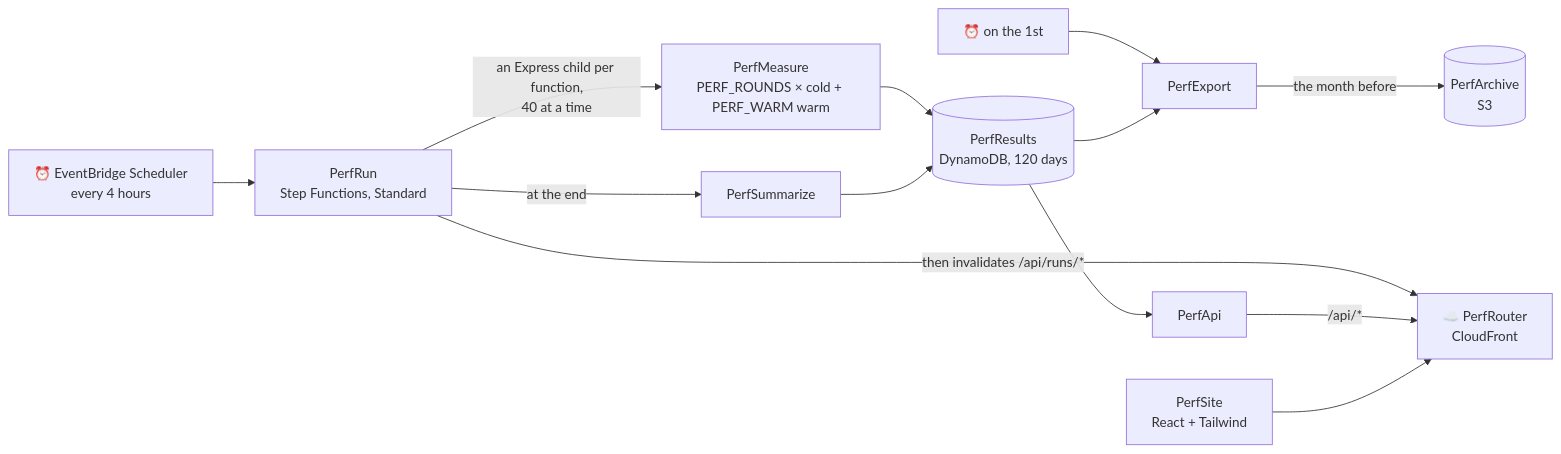
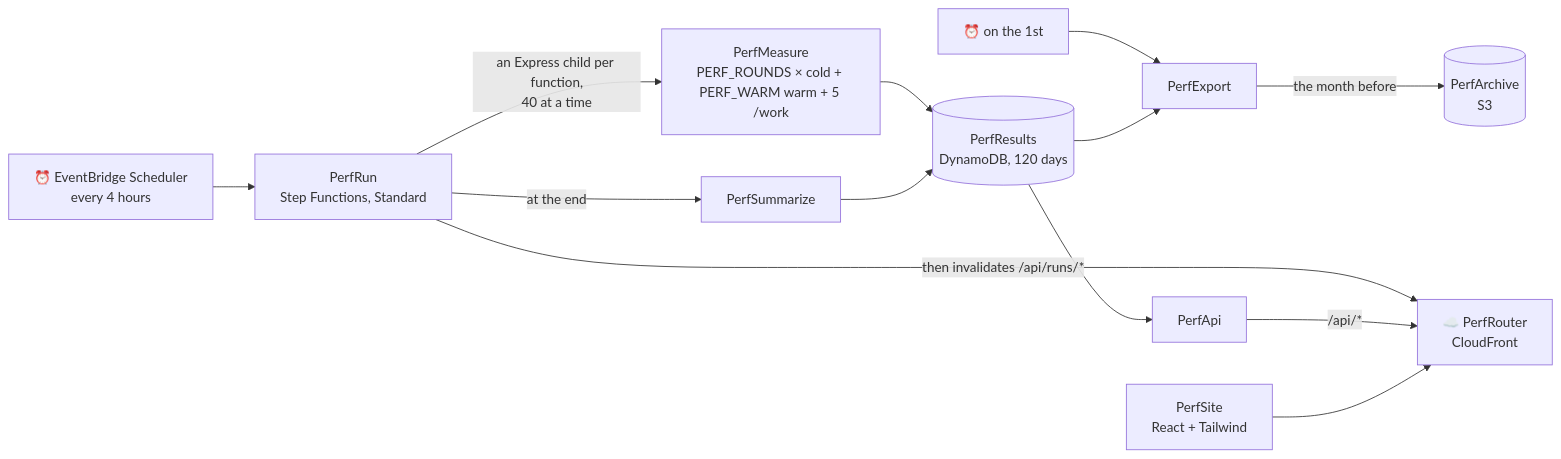
Before and after one commit to NimmLor/lambda-coldstarts: the diagram in README.md, drawn with Mermaid. The commit also changed other lines of this file and 21 other files, not shown here.

````diff
--- a/README.md
+++ b/README.md
@@ -264,13 +293,13 @@
 ```mermaid
 flowchart LR
   S[⏰ EventBridge Scheduler<br>every 4 hours] --> R[PerfRun<br>Step Functions, Standard]
-  R -- an Express child per function,<br>40 at a time --> M[PerfMeasure<br>PERF_ROUNDS × cold + PERF_WARM warm]
+  R -- an Express child per function,<br>40 at a time --> M[PerfMeasure<br>PERF_ROUNDS × cold + PERF_WARM warm + 5 /work]
   M --> D[(PerfResults<br>DynamoDB, 120 days)]
   R -- at the end --> Z[PerfSummarize] --> D
   R -- then invalidates /api/runs/* --> C
   E[⏰ on the 1st] --> X[PerfExport] -- the month before --> B[(PerfArchive<br>S3)]
   D --> X
   D --> A[PerfApi]
   A -- /api/* --> C[☁️ PerfRouter<br>CloudFront]
   W[PerfSite<br>React + Tailwind] --> C
 ```
````
